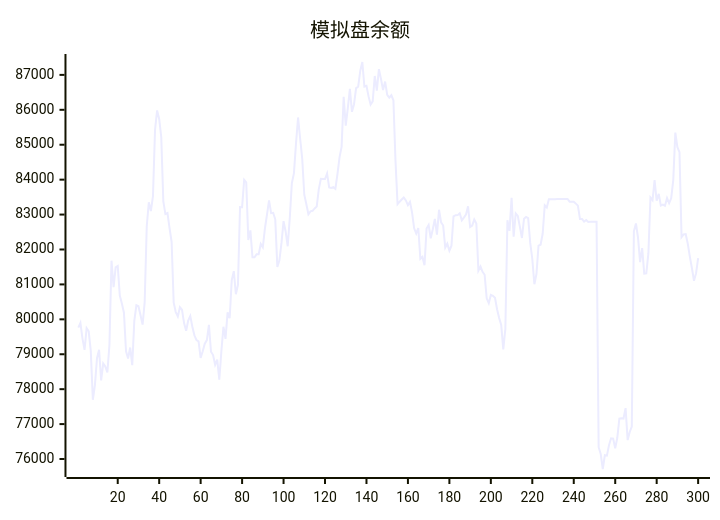
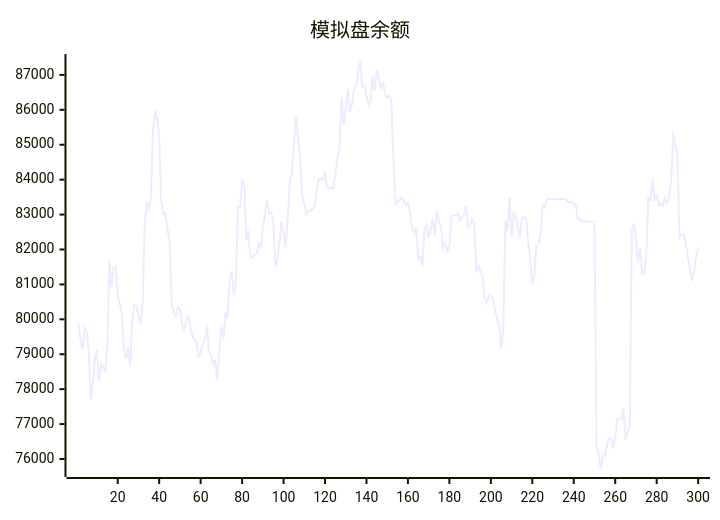
One commit to aahl/ai-trading changed the diagram in README.md. Above: the diagram before and after it, drawn with Mermaid. The commit also changed other lines of this file and 1 other file, not shown here.

````diff
--- a/README.md
+++ b/README.md
@@ -5,5 +5,5 @@
 ```mermaid
 xychart
     title "模拟盘余额"
-    line [79761,79896,79448,79126,79749,79658,79097,77695,78114,78888,79126,78249,78738,78653,78478,79271,81680,80923,81488,81527,80681,80455,80190,79084,78879,79193,78686,79954,80403,80374,80118,79848,80491,82665,83351,83098,83525,85430,85983,85737,85221,83378,83014,83043,82613,82216,80477,80208,80081,80348,80277,79894,79670,79965,80093,79786,79542,79406,79371,78893,79087,79304,79406,79841,79072,78978,78696,78846,78272,79085,79787,79442,80198,80031,81120,81379,80718,80985,83214,83212,83993,83921,82270,82547,81776,81776,81866,81866,82158,82061,82596,83000,83408,83041,83050,82858,81503,81691,82188,82812,82517,82092,82901,83898,84180,85030,85781,85178,84604,83569,83298,83008,83093,83107,83175,83228,83729,84025,84017,84019,84177,83775,83762,83785,83738,84160,84639,84939,86370,85548,86046,86599,85942,86161,86622,86664,87115,87369,86666,86685,86384,86152,86243,86969,86548,87164,86885,86566,86809,86427,86348,86417,86273,84538,83299,83369,83430,83490,83404,83270,83362,83056,82605,82459,82614,81734,81788,81551,82598,82702,82320,82580,82878,82426,83139,82778,82686,82056,82166,81963,82110,82951,82983,82984,83038,82838,82915,82998,83235,82642,82682,82858,82746,81396,81512,81362,81277,80600,80461,80699,80673,80616,80288,80038,79836,79142,79722,82837,82533,83480,82366,83032,82960,82654,82330,82883,82934,82901,82188,81728,81005,81298,82110,82135,82449,83264,83203,83440,83439,83440,83440,83446,83447,83448,83447,83448,83449,83369,83369,83369,83313,83256,82872,82873,82801,82844,82785,82791,82791,82793,82794,76339,76145,75714,76110,76096,76397,76594,76585,76310,76607,77160,77170,77160,77456,76541,76774,76927,82520,82744,82337,81639,82040,81307,81314,81887,83490,83414,83984,83396,83594,83261,83287,83253,83470,83327,83465,83987,85348,84930,84786,82355,82433,82438,82167,81795,81466,81105,81315,81756]
+    line [79896,79448,79126,79749,79658,79097,77695,78114,78888,79126,78249,78738,78653,78478,79271,81680,80923,81488,81527,80681,80455,80190,79084,78879,79193,78686,79954,80403,80374,80118,79848,80491,82665,83351,83098,83525,85430,85983,85737,85221,83378,83014,83043,82613,82216,80477,80208,80081,80348,80277,79894,79670,79965,80093,79786,79542,79406,79371,78893,79087,79304,79406,79841,79072,78978,78696,78846,78272,79085,79787,79442,80198,80031,81120,81379,80718,80985,83214,83212,83993,83921,82270,82547,81776,81776,81866,81866,82158,82061,82596,83000,83408,83041,83050,82858,81503,81691,82188,82812,82517,82092,82901,83898,84180,85030,85781,85178,84604,83569,83298,83008,83093,83107,83175,83228,83729,84025,84017,84019,84177,83775,83762,83785,83738,84160,84639,84939,86370,85548,86046,86599,85942,86161,86622,86664,87115,87369,86666,86685,86384,86152,86243,86969,86548,87164,86885,86566,86809,86427,86348,86417,86273,84538,83299,83369,83430,83490,83404,83270,83362,83056,82605,82459,82614,81734,81788,81551,82598,82702,82320,82580,82878,82426,83139,82778,82686,82056,82166,81963,82110,82951,82983,82984,83038,82838,82915,82998,83235,82642,82682,82858,82746,81396,81512,81362,81277,80600,80461,80699,80673,80616,80288,80038,79836,79142,79722,82837,82533,83480,82366,83032,82960,82654,82330,82883,82934,82901,82188,81728,81005,81298,82110,82135,82449,83264,83203,83440,83439,83440,83440,83446,83447,83448,83447,83448,83449,83369,83369,83369,83313,83256,82872,82873,82801,82844,82785,82791,82791,82793,82794,76339,76145,75714,76110,76096,76397,76594,76585,76310,76607,77160,77170,77160,77456,76541,76774,76927,82520,82744,82337,81639,82040,81307,81314,81887,83490,83414,83984,83396,83594,83261,83287,83253,83470,83327,83465,83987,85348,84930,84786,82355,82433,82438,82167,81795,81466,81105,81315,81756,82064]
 ```
````
